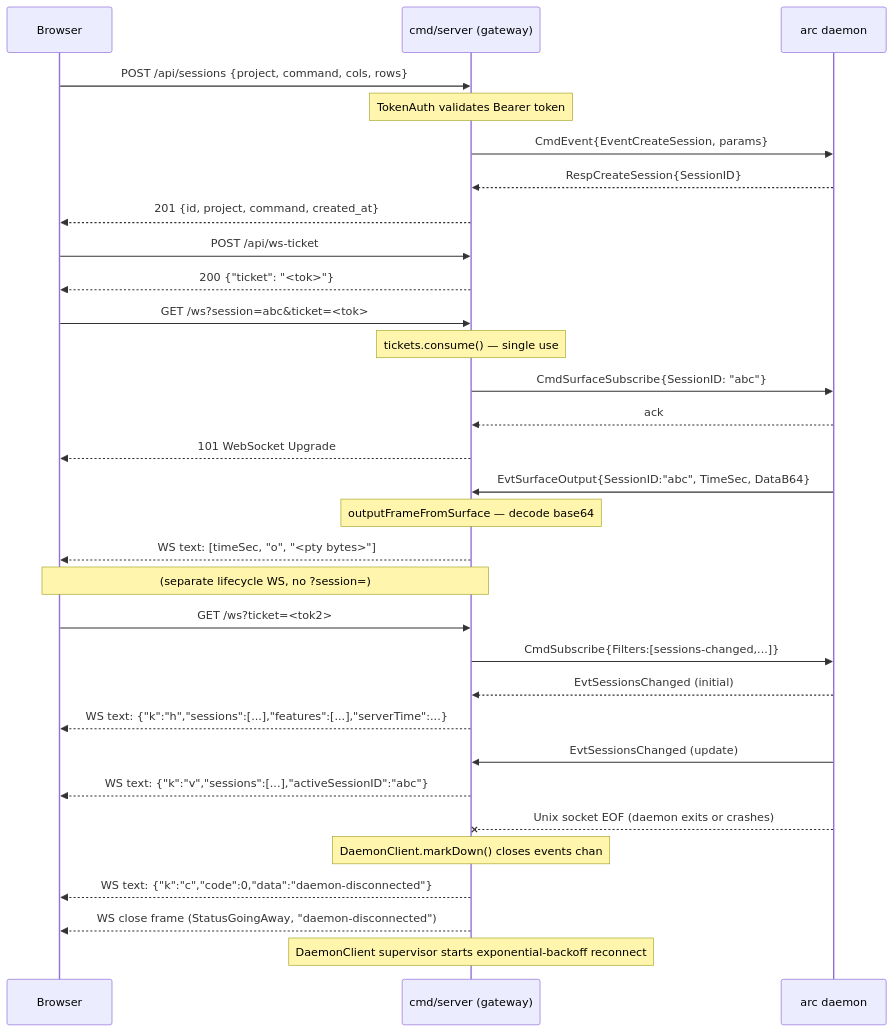
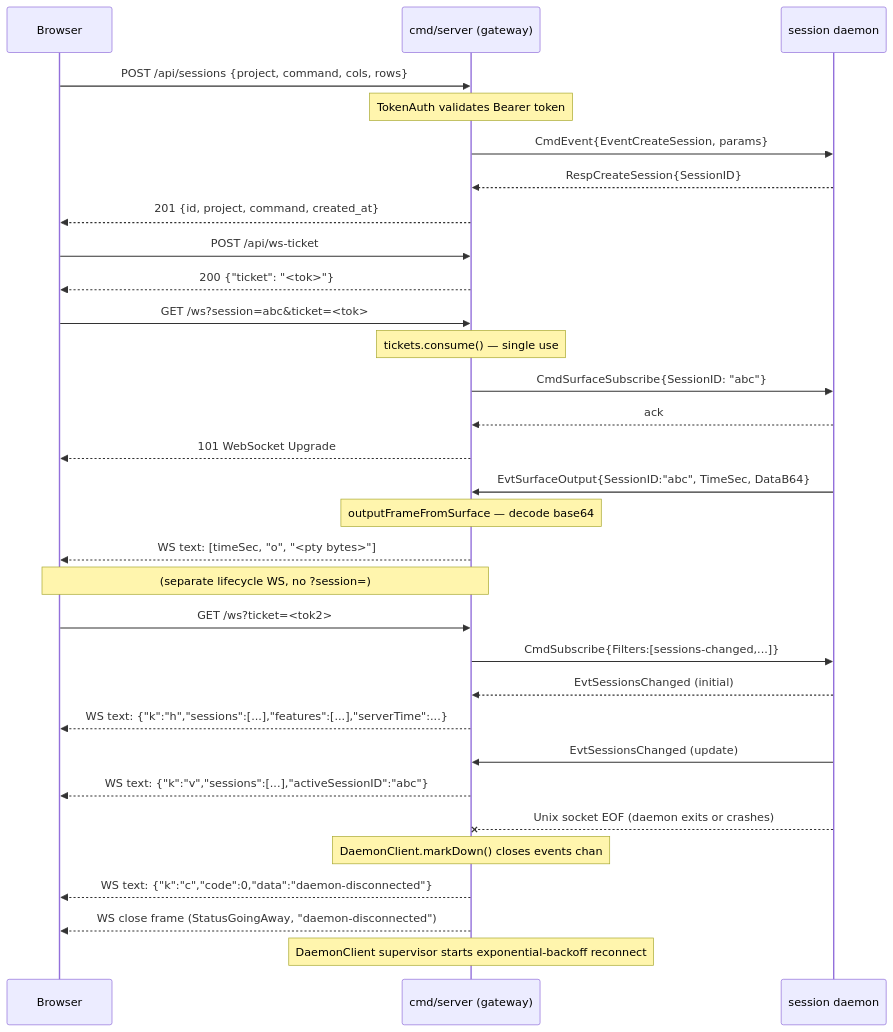
The diagram in docs/technical/web-gateway.md (takezoh/agent-reactor), drawn with Mermaid before and after one commit. The commit also changed other lines of this file and 268 other files, not shown here.

````diff
--- a/docs/technical/web-gateway.md
+++ b/docs/technical/web-gateway.md
@@ -466,43 +468,43 @@
 ```mermaid
 sequenceDiagram
     participant B as Browser
     participant G as cmd/server (gateway)
-    participant D as arc daemon
+    participant D as session daemon
 
     %% 1. Session creation
     B->>G: POST /api/sessions {project, command, cols, rows}
     Note over G: TokenAuth validates Bearer token
     G->>D: CmdEvent{EventCreateSession, params}
     D-->>G: RespCreateSession{SessionID}
     G-->>B: 201 {id, project, command, created_at}
 
     %% 2. WS attach (ticket flow)
     B->>G: POST /api/ws-ticket
     G-->>B: 200 {"ticket": "<tok>"}
     B->>G: GET /ws?session=abc&ticket=<tok>
     Note over G: tickets.consume() — single use
     G->>D: CmdSurfaceSubscribe{SessionID: "abc"}
     D-->>G: ack
     G-->>B: 101 WebSocket Upgrade
 
     %% 3. Terminal subscribe + output stream
     D->>G: EvtSurfaceOutput{SessionID:"abc", TimeSec, DataB64}
     Note over G: outputFrameFromSurface — decode base64
     G-->>B: WS text: [timeSec, "o", "<pty bytes>"]
 
     %% 4. View-update broadcast (lifecycle WS, no ?session=)
     Note over B,G: (separate lifecycle WS, no ?session=)
     B->>G: GET /ws?ticket=<tok2>
     G->>D: CmdSubscribe{Filters:[sessions-changed,...]}
     D-->>G: EvtSessionsChanged (initial)
     G-->>B: WS text: {"k":"h","sessions":[...],"features":[...],"serverTime":...}
     D->>G: EvtSessionsChanged (update)
     G-->>B: WS text: {"k":"v","sessions":[...],"activeSessionID":"abc"}
 
     %% 5. Daemon disconnect — 2-step close (ADR 0011)
     D--xG: Unix socket EOF (daemon exits or crashes)
     Note over G: DaemonClient.markDown() closes events chan
     G-->>B: WS text: {"k":"c","code":0,"data":"daemon-disconnected"}
     G-->>B: WS close frame (StatusGoingAway, "daemon-disconnected")
     Note over G: DaemonClient supervisor starts exponential-backoff reconnect
 ```
````
